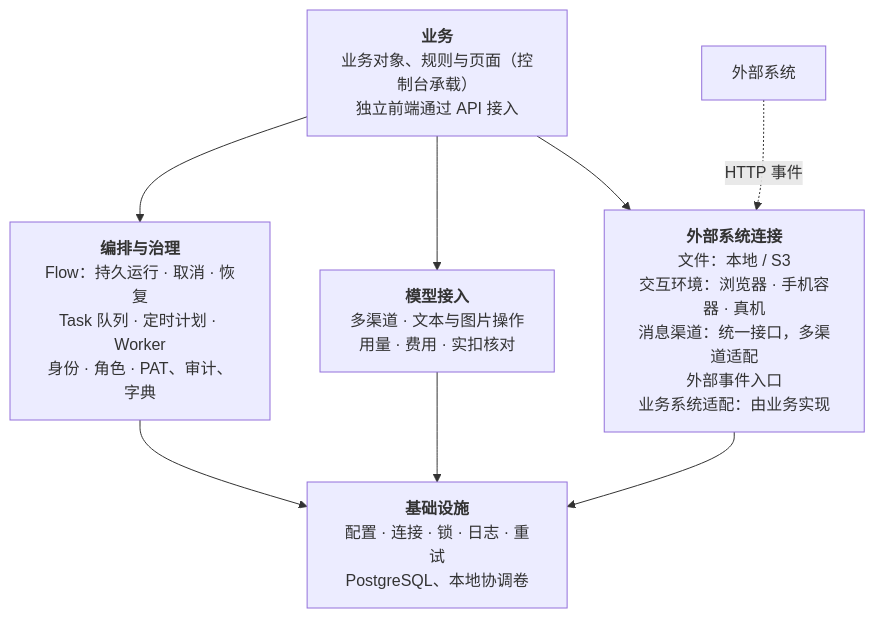
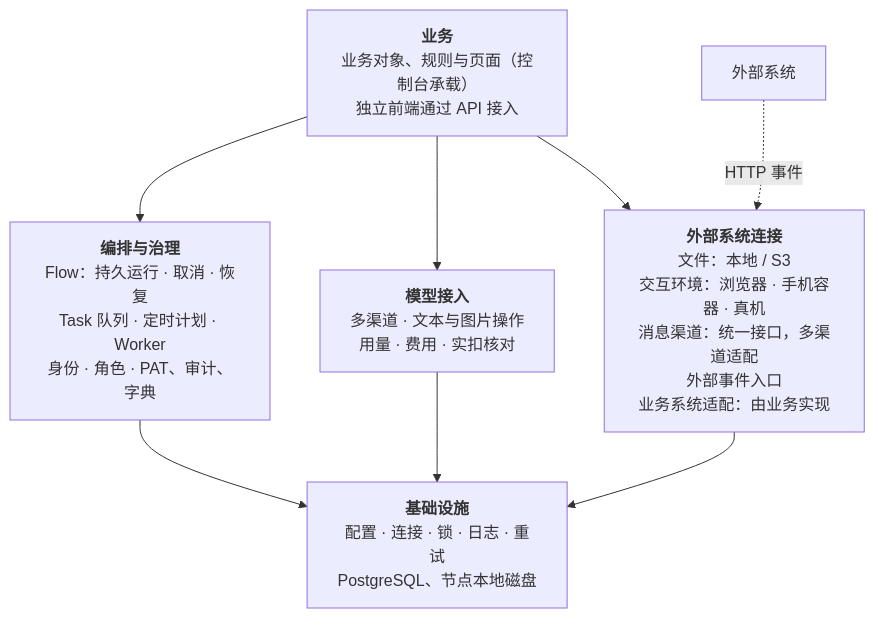
The first of 4 diagrams in docs/architecture.md (pfjhyyj/keystone), drawn with Mermaid before and after one commit. The commit also changed other lines of this file and 61 other files, not shown here.

Commit message:
feat: coordinate Keystone deployments through PostgreSQL

````diff
--- a/docs/architecture.md
+++ b/docs/architecture.md
@@ -11,13 +11,13 @@
 ```mermaid
 flowchart TB
   biz["<b>业务</b><br/>业务对象、规则与页面（控制台承载）<br/>独立前端通过 API 接入"]
   orch["<b>编排与治理</b><br/>Flow：持久运行 · 取消 · 恢复<br/>Task 队列 · 定时计划 · Worker<br/>身份 · 角色 · PAT、审计、字典"]
   model["<b>模型接入</b><br/>多渠道 · 文本与图片操作<br/>用量 · 费用 · 实扣核对"]
   conn["<b>外部系统连接</b><br/>文件：本地 / S3<br/>交互环境：浏览器 · 手机容器 · 真机<br/>消息渠道：统一接口，多渠道适配<br/>外部事件入口<br/>业务系统适配：由业务实现"]
-  infra["<b>基础设施</b><br/>配置 · 连接 · 锁 · 日志 · 重试<br/>PostgreSQL、本地协调卷"]
+  infra["<b>基础设施</b><br/>配置 · 连接 · 锁 · 日志 · 重试<br/>PostgreSQL、节点本地磁盘"]
   ext["外部系统"]
 
   biz --> orch & model & conn
   orch & model & conn --> infra
   ext -. HTTP 事件 .-> conn
 ```
````
